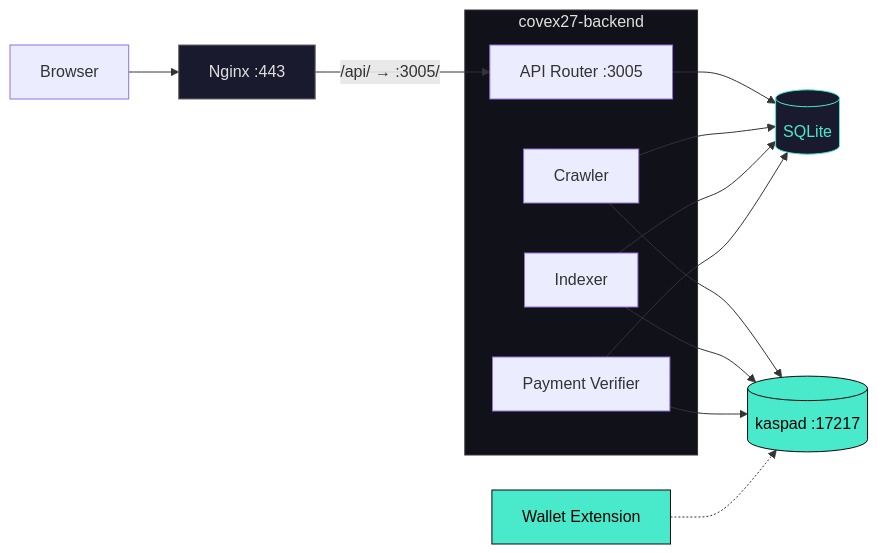
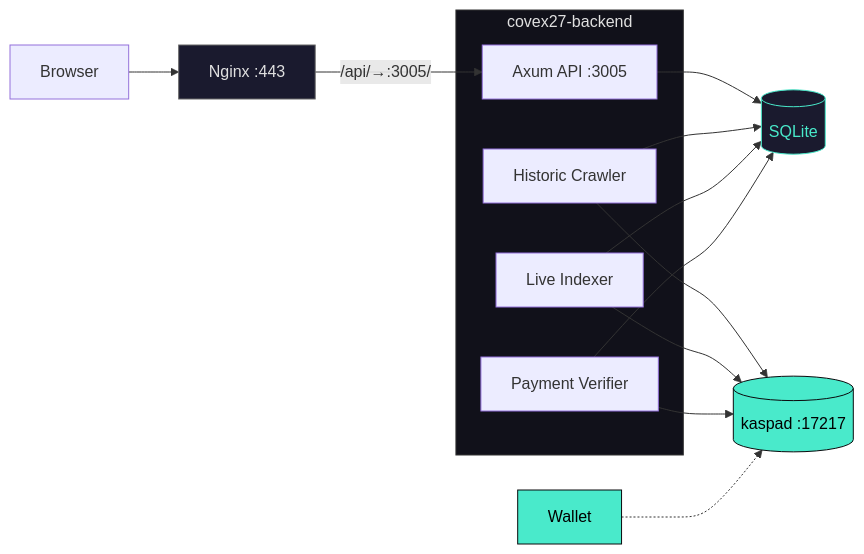
Before and after one commit to THTProtocol/Covex27: the first of 2 diagrams in README.md, drawn with Mermaid. The commit also changed other lines of this file, not shown here.

````diff
--- a/README.md
+++ b/README.md
@@ -55,29 +58,29 @@
 ```mermaid
 graph LR
-    Browser[Browser] --> Nginx[Nginx :443]
-    Nginx -->|"/api/ → :3005/"| Backend[API Router :3005]
+    Browser["Browser"] --> Nginx["Nginx :443"]
+    Nginx -->|"/api/→:3005/"| Backend["Axum API :3005"]
     Backend --> DB[("SQLite")]
 
-    Crawler[Crawler] --> Kaspa[("kaspad :17217")]
-    Indexer[Indexer] --> Kaspa
-    Verifier[Payment Verifier] --> Kaspa
+    Crawler["Historic Crawler"] --> Kaspa[("kaspad :17217")]
+    Indexer["Live Indexer"] --> Kaspa
+    Verifier["Payment Verifier"] --> Kaspa
 
     Crawler --> DB
     Indexer --> DB
     Verifier --> DB
 
-    Wallet[Wallet Extension] -.-> Kaspa
+    Wallet["Wallet"] -.-> Kaspa
 
     subgraph Process["covex27-backend"]
         Backend
         Crawler
         Indexer
         Verifier
     end
 
     style Kaspa fill:#49EACB,stroke:#0A0A0D,color:#000
     style Wallet fill:#49EACB,stroke:#0A0A0D,color:#000
     style DB fill:#1A1A2E,stroke:#49EACB,color:#49EACB
     style Process fill:#11111A,stroke:#333,color:#E0E0E0
     style Nginx fill:#1A1A2E,stroke:#666,color:#E0E0E0
 ```
````
